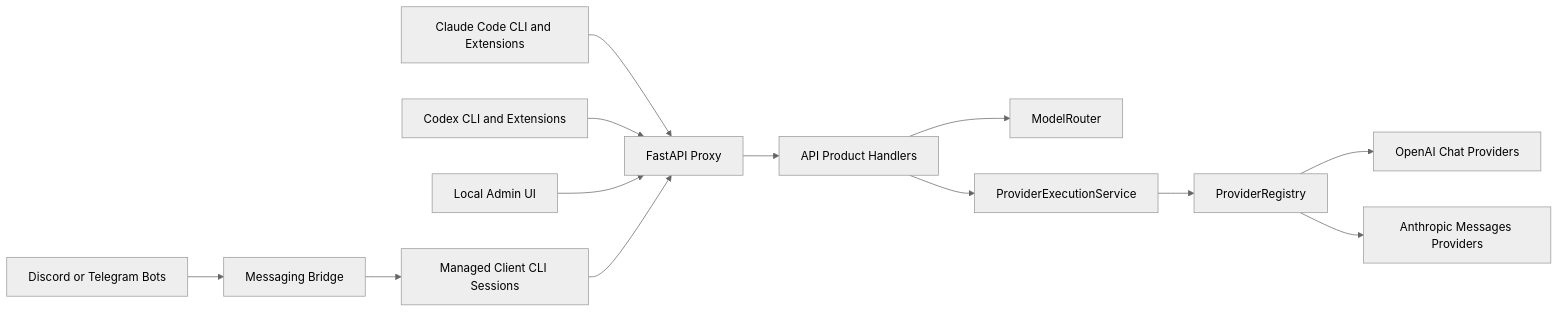
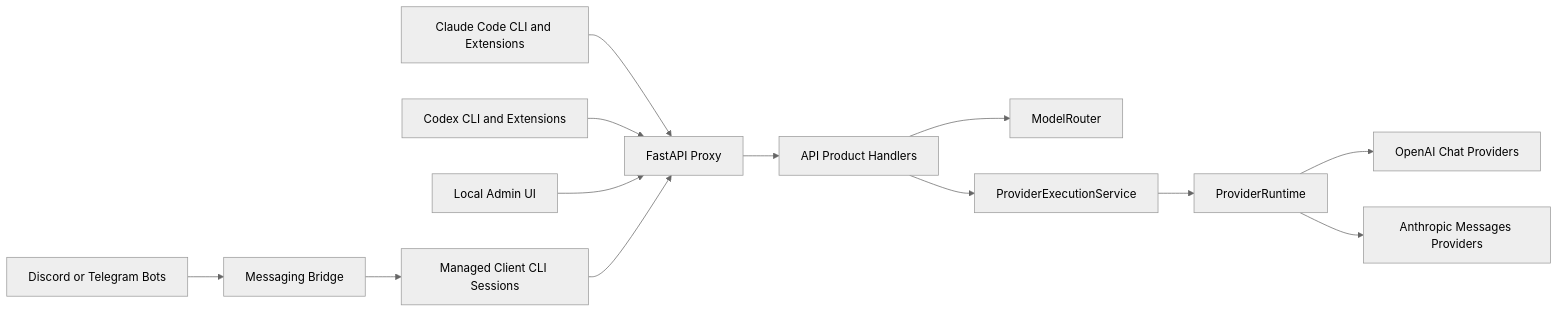
The first of 3 diagrams in ARCHITECTURE.md (shinmentakezo07/shin07), drawn with Mermaid (neutral theme) before and after one commit. The commit also changed other lines of this file and 29 other files, not shown here.

First line of the commit message:
Refactor provider runtime ownership (#925)

````diff
--- a/ARCHITECTURE.md
+++ b/ARCHITECTURE.md
@@ -27,15 +27,15 @@
 ```mermaid
 flowchart LR
     ClaudeCode[Claude Code CLI and Extensions] --> ProxyAPI[FastAPI Proxy]
     Codex[Codex CLI and Extensions] --> ProxyAPI
     AdminUI[Local Admin UI] --> ProxyAPI
     Bots[Discord or Telegram Bots] --> Messaging[Messaging Bridge]
     Messaging --> ClientCLI[Managed Client CLI Sessions]
     ClientCLI --> ProxyAPI
     ProxyAPI --> Handlers[API Product Handlers]
     Handlers --> Router[ModelRouter]
     Handlers --> Executor[ProviderExecutionService]
-    Executor --> Providers[ProviderRegistry]
+    Executor --> Providers[ProviderRuntime]
     Providers --> OpenAIChat[OpenAI Chat Providers]
     Providers --> NativeAnthropic[Anthropic Messages Providers]
 ```
````
